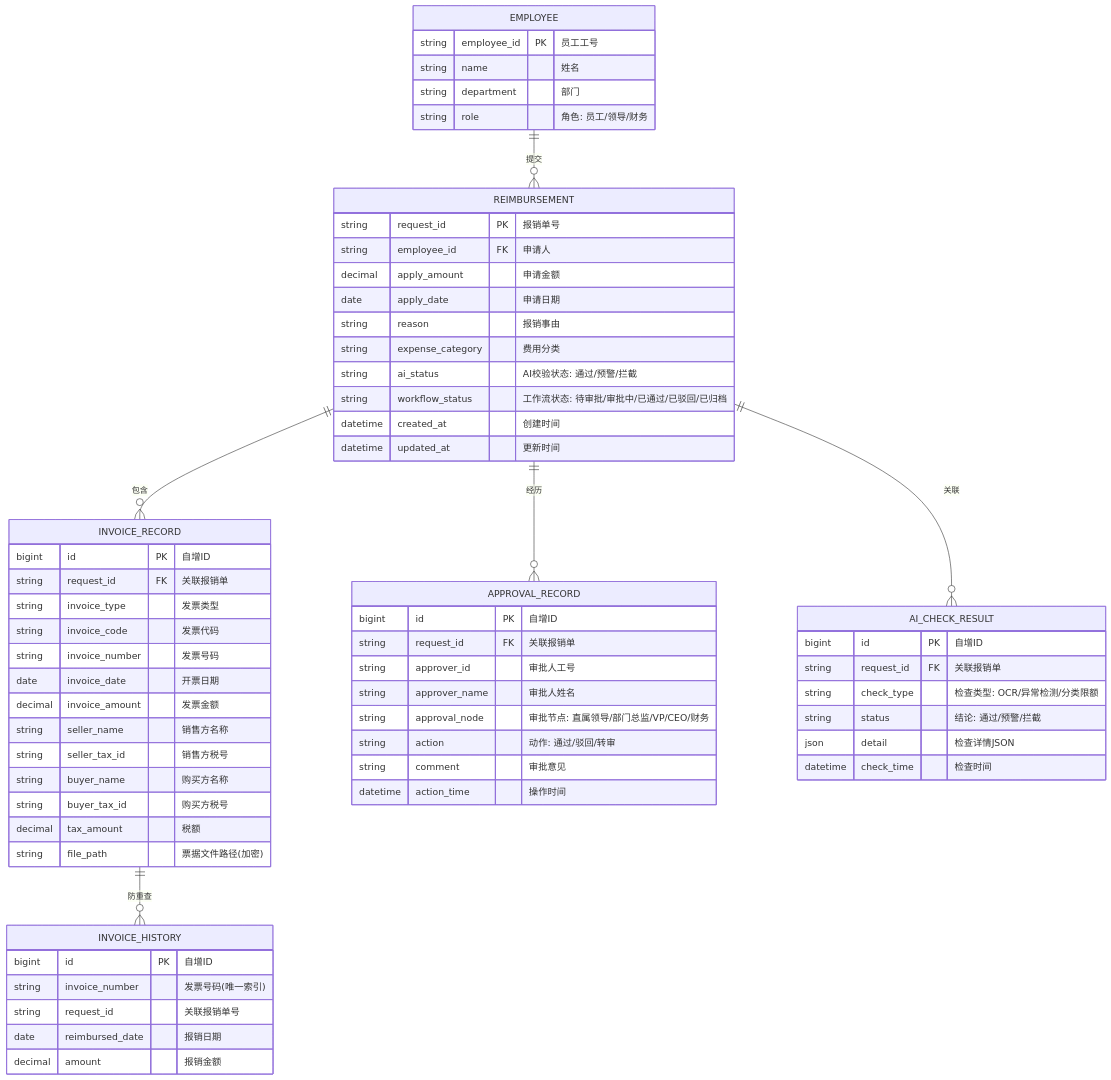
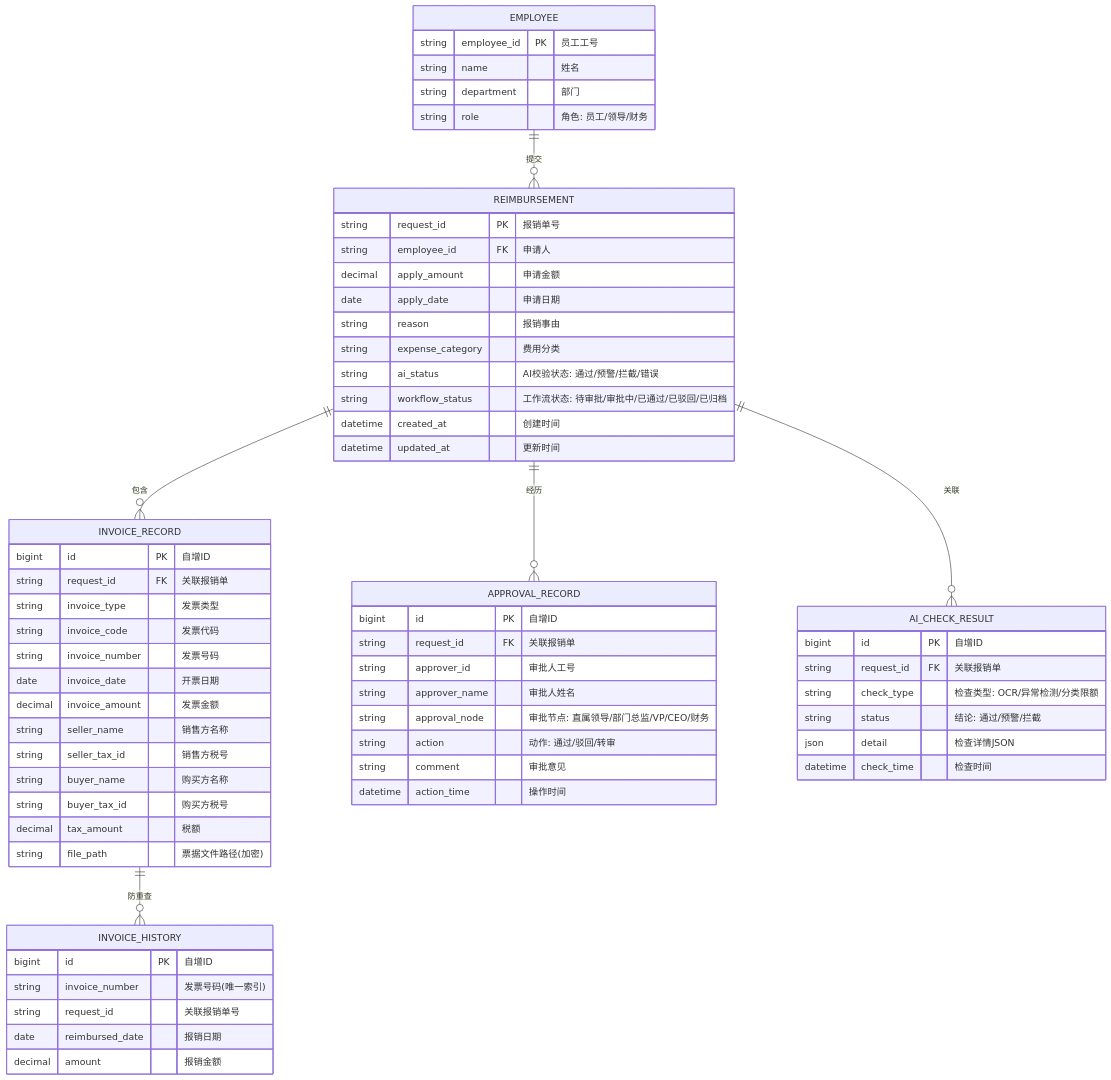
The third of 5 diagrams in docs/design.md (nickluo2026/OA-Reimbursement-AIAgent), drawn with Mermaid before and after one commit. The commit also changed other lines of this file and 3 other files, not shown here.

````diff
--- a/docs/design.md
+++ b/docs/design.md
@@ -631,72 +637,72 @@
 ```mermaid
 erDiagram
     EMPLOYEE ||--o{ REIMBURSEMENT : "提交"
     REIMBURSEMENT ||--o{ INVOICE_RECORD : "包含"
     REIMBURSEMENT ||--o{ APPROVAL_RECORD : "经历"
     REIMBURSEMENT ||--o{ AI_CHECK_RESULT : "关联"
     INVOICE_RECORD ||--o{ INVOICE_HISTORY : "防重查"
 
     EMPLOYEE {
         string employee_id PK "员工工号"
         string name "姓名"
         string department "部门"
         string role "角色: 员工/领导/财务"
     }
 
     REIMBURSEMENT {
         string request_id PK "报销单号"
         string employee_id FK "申请人"
         decimal apply_amount "申请金额"
         date apply_date "申请日期"
         string reason "报销事由"
         string expense_category "费用分类"
-        string ai_status "AI校验状态: 通过/预警/拦截"
+        string ai_status "AI校验状态: 通过/预警/拦截/错误"
         string workflow_status "工作流状态: 待审批/审批中/已通过/已驳回/已归档"
         datetime created_at "创建时间"
         datetime updated_at "更新时间"
     }
 
     INVOICE_RECORD {
         bigint id PK "自增ID"
         string request_id FK "关联报销单"
         string invoice_type "发票类型"
         string invoice_code "发票代码"
         string invoice_number "发票号码"
         date invoice_date "开票日期"
         decimal invoice_amount "发票金额"
         string seller_name "销售方名称"
         string seller_tax_id "销售方税号"
         string buyer_name "购买方名称"
         string buyer_tax_id "购买方税号"
         decimal tax_amount "税额"
         string file_path "票据文件路径(加密)"
     }
 
     INVOICE_HISTORY {
         bigint id PK "自增ID"
         string invoice_number "发票号码(唯一索引)"
         string request_id "关联报销单号"
         date reimbursed_date "报销日期"
         decimal amount "报销金额"
     }
 
     APPROVAL_RECORD {
         bigint id PK "自增ID"
         string request_id FK "关联报销单"
         string approver_id "审批人工号"
         string approver_name "审批人姓名"
         string approval_node "审批节点: 直属领导/部门总监/VP/CEO/财务"
         string action "动作: 通过/驳回/转审"
         string comment "审批意见"
         datetime action_time "操作时间"
     }
 
     AI_CHECK_RESULT {
         bigint id PK "自增ID"
         string request_id FK "关联报销单"
         string check_type "检查类型: OCR/异常检测/分类限额"
         string status "结论: 通过/预警/拦截"
         json detail "检查详情JSON"
         datetime check_time "检查时间"
     }
 ```
````
